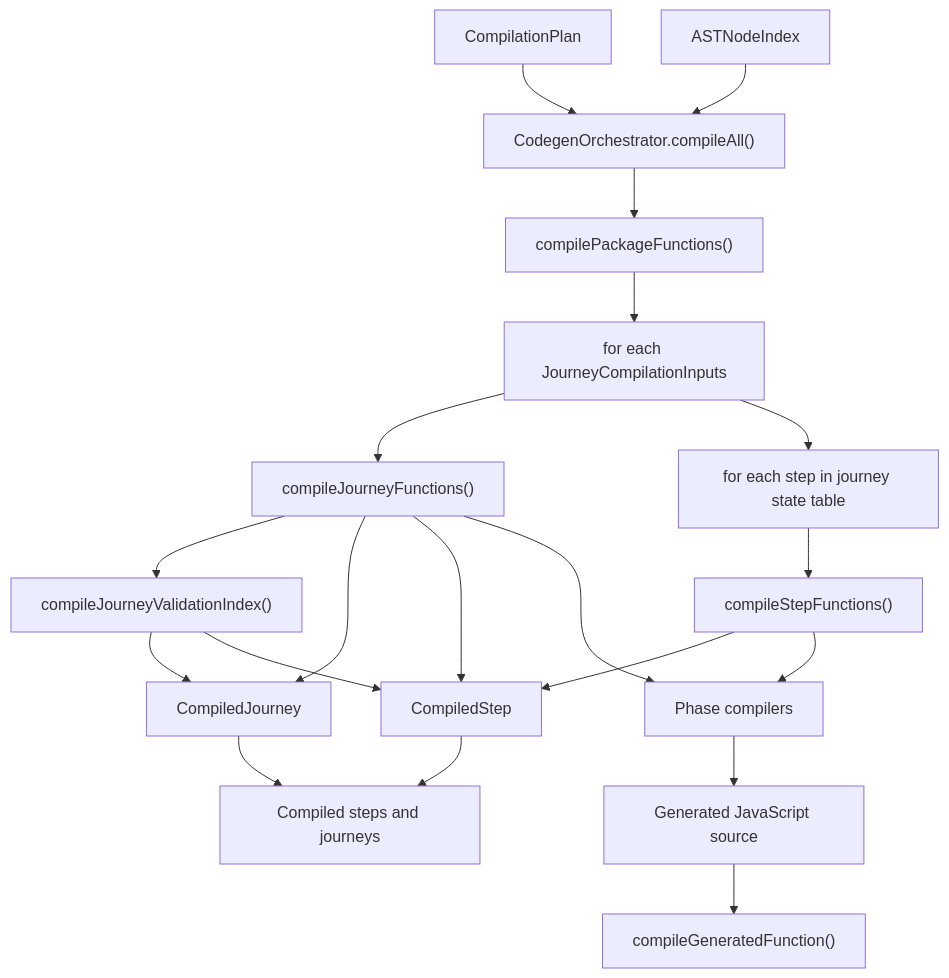
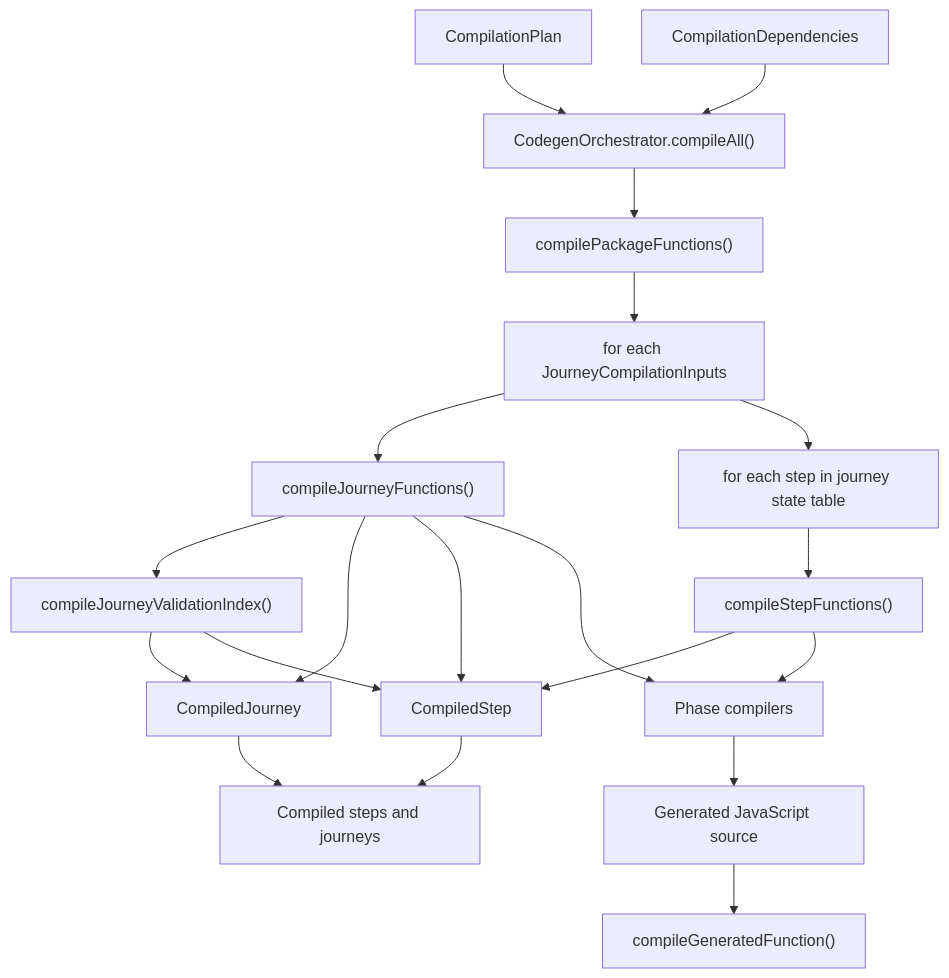
One commit to ministryofjustice/hmpps-forge changed the diagram in packages/forge-core/src/engine/compilation/lowering/README.md. Above: the diagram before and after it, drawn with Mermaid. The commit also changed other lines of this file and 23 other files, not shown here.

````diff
--- a/packages/forge-core/src/engine/compilation/lowering/README.md
+++ b/packages/forge-core/src/engine/compilation/lowering/README.md
@@ -149,22 +153,22 @@
 ```mermaid
 flowchart TD
   compilationPlan["CompilationPlan"] --> orchestrator["CodegenOrchestrator.compileAll()"]
-  nodeRegistry["ASTNodeIndex"] --> orchestrator
+  dependencies["CompilationDependencies"] --> orchestrator
   orchestrator --> packageFunctions["compilePackageFunctions()"]
   packageFunctions --> journeyLoop["for each JourneyCompilationInputs"]
   journeyLoop --> journeyFunctions["compileJourneyFunctions()"]
   journeyFunctions --> validationIndex["compileJourneyValidationIndex()"]
   journeyFunctions --> compiledJourney["CompiledJourney"]
   validationIndex --> compiledJourney
   journeyLoop --> stepLoop["for each step in journey state table"]
   stepLoop --> stepFunctions["compileStepFunctions()"]
   stepFunctions --> compiledStep["CompiledStep"]
   journeyFunctions --> compiledStep
   validationIndex --> compiledStep
   journeyFunctions --> phaseCompilers["Phase compilers"]
   stepFunctions --> phaseCompilers
   phaseCompilers --> source["Generated JavaScript source"]
   source --> generatedFunction["compileGeneratedFunction()"]
   compiledJourney --> result["Compiled steps and journeys"]
   compiledStep --> result
 ```
````
